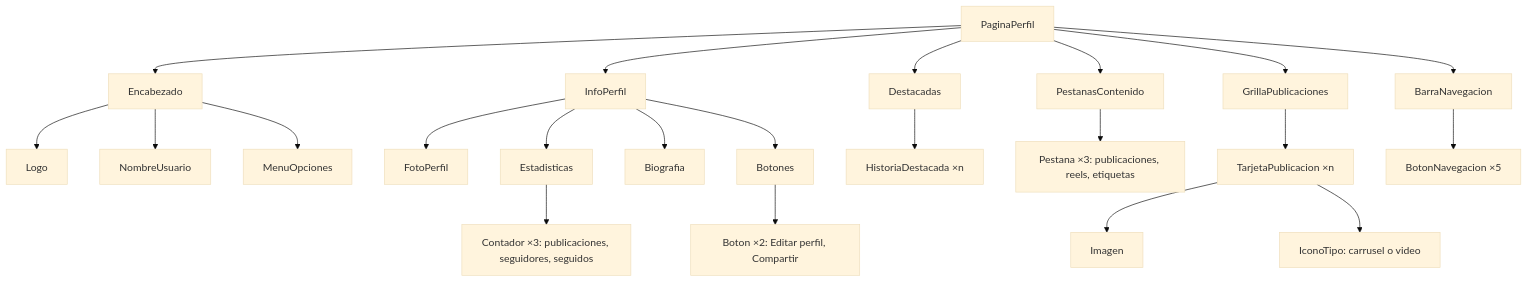
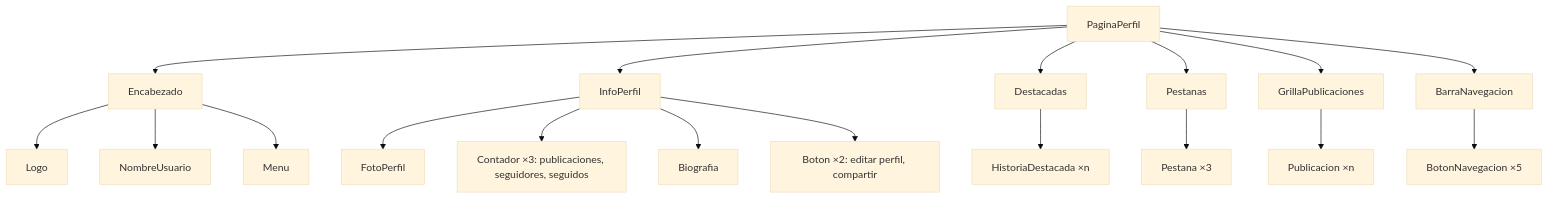
One commit to emma2riwi/repositorio-algoritmia changed the diagram in semana-3/04-arbol-componentes-perfil.md. Above: the diagram before and after it, drawn with Mermaid (base theme). The commit also changed other lines of this file and 11 other files, not shown here.

````diff
--- a/semana-3/04-arbol-componentes-perfil.md
+++ b/semana-3/04-arbol-componentes-perfil.md
@@ -5,30 +5,23 @@
 ```mermaid
 flowchart TD
   P[PaginaPerfil] --> H[Encabezado]
   P --> I[InfoPerfil]
   P --> D[Destacadas]
-  P --> T[PestanasContenido]
+  P --> T[Pestanas]
   P --> G[GrillaPublicaciones]
   P --> N[BarraNavegacion]
 
   H --> H1[Logo]
   H --> H2[NombreUsuario]
-  H --> H3[MenuOpciones]
+  H --> H3[Menu]
 
   I --> I1[FotoPerfil]
-  I --> I2[Estadisticas]
-  I2 --> I21["Contador ×3: publicaciones, seguidores, seguidos"]
+  I --> I2["Contador ×3: publicaciones, seguidores, seguidos"]
   I --> I3[Biografia]
-  I --> I4[Botones]
-  I4 --> I41["Boton ×2: Editar perfil, Compartir"]
+  I --> I4["Boton ×2: editar perfil, compartir"]
 
   D --> D1["HistoriaDestacada ×n"]
-
-  T --> T1["Pestana ×3: publicaciones, reels, etiquetas"]
-
-  G --> G1["TarjetaPublicacion ×n"]
-  G1 --> G11[Imagen]
-  G1 --> G12["IconoTipo: carrusel o video"]
-
+  T --> T1["Pestana ×3"]
+  G --> G1["Publicacion ×n"]
   N --> N1["BotonNavegacion ×5"]
 ```
````
